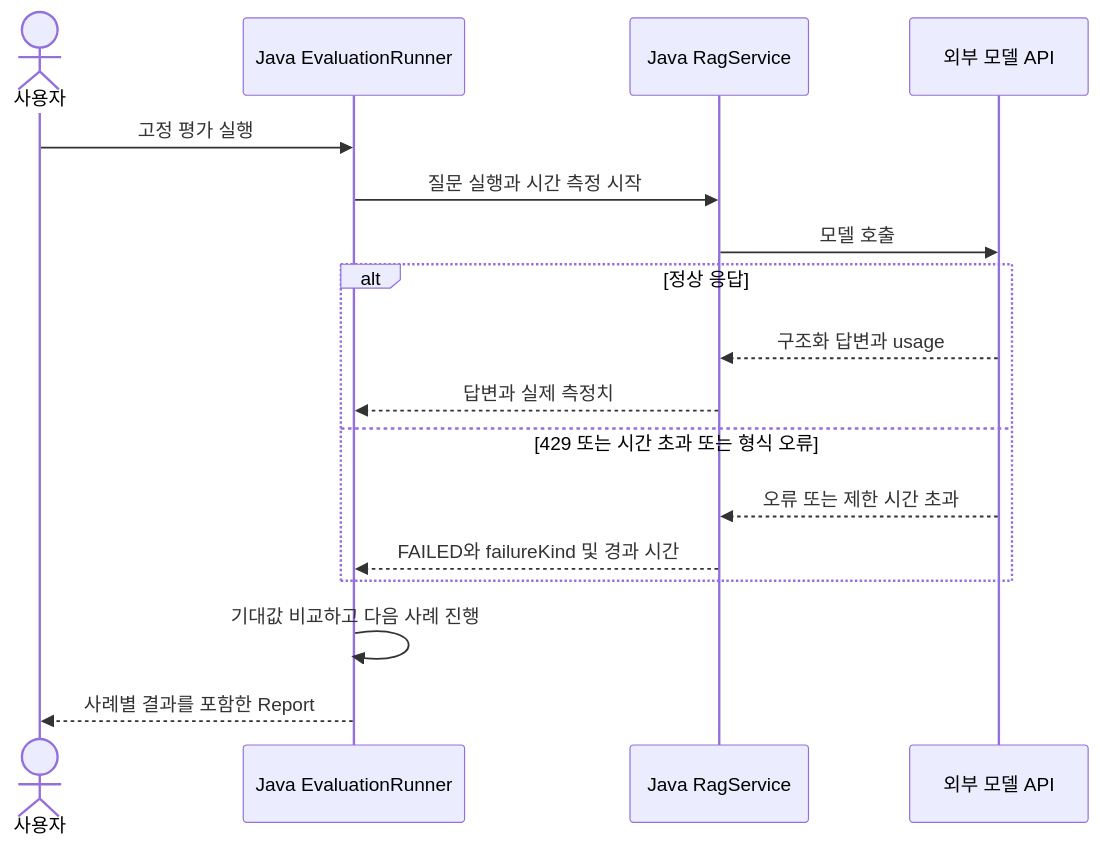
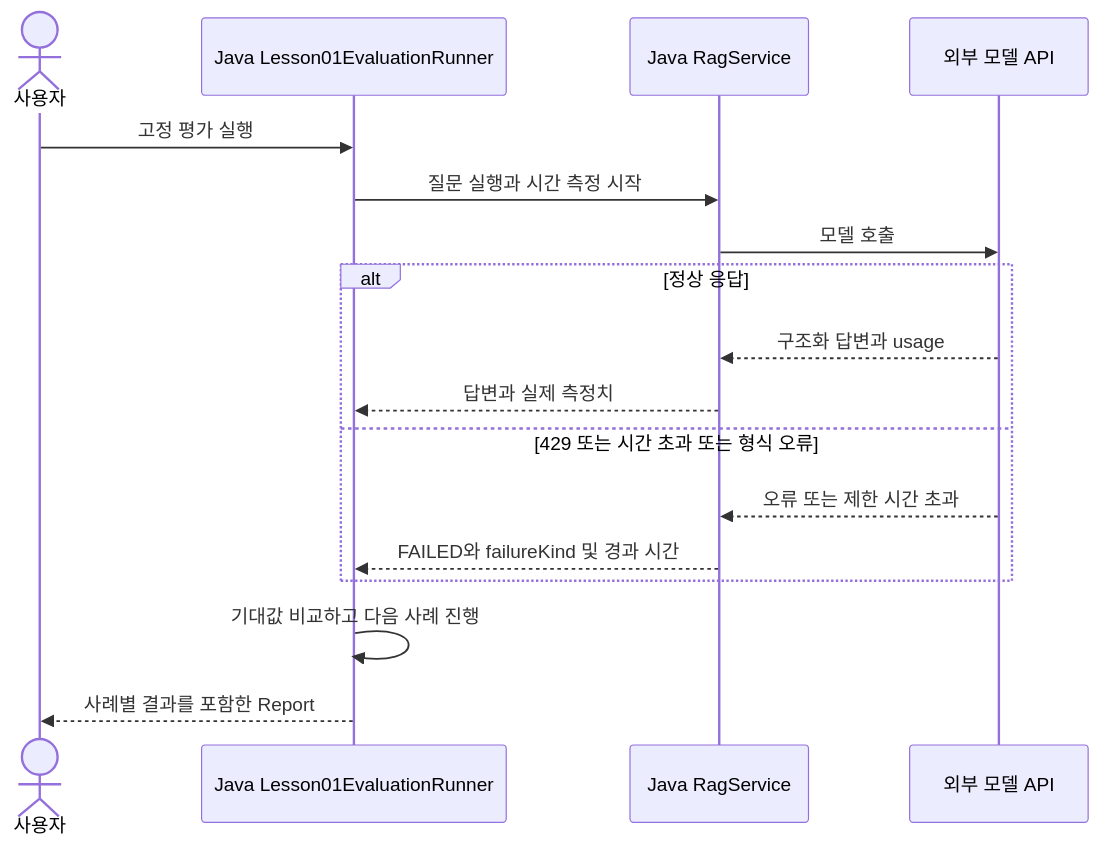
Before and after one commit to Justin-ad-Park/SpringShoppingAI: the diagram in Spring-AI-Agent-Learning/docs/lessons/12-evaluation/05-failures.md, drawn with Mermaid. The commit also changed other lines of this file and 248 other files, not shown here.

````diff
--- a/Spring-AI-Agent-Learning/docs/lessons/12-evaluation/05-failures.md
+++ b/Spring-AI-Agent-Learning/docs/lessons/12-evaluation/05-failures.md
@@ -106,19 +106,19 @@
 ```mermaid
 sequenceDiagram
     actor User as 사용자
-    participant App as Java EvaluationRunner
+    participant App as Java Lesson01EvaluationRunner
     participant Rag as Java RagService
     participant Model as 외부 모델 API
     User->>App: 고정 평가 실행
     App->>Rag: 질문 실행과 시간 측정 시작
     Rag->>Model: 모델 호출
     alt 정상 응답
         Model-->>Rag: 구조화 답변과 usage
         Rag-->>App: 답변과 실제 측정치
     else 429 또는 시간 초과 또는 형식 오류
         Model-->>Rag: 오류 또는 제한 시간 초과
         Rag-->>App: FAILED와 failureKind 및 경과 시간
     end
     App->>App: 기대값 비교하고 다음 사례 진행
     App-->>User: 사례별 결과를 포함한 Report
 ```
````
